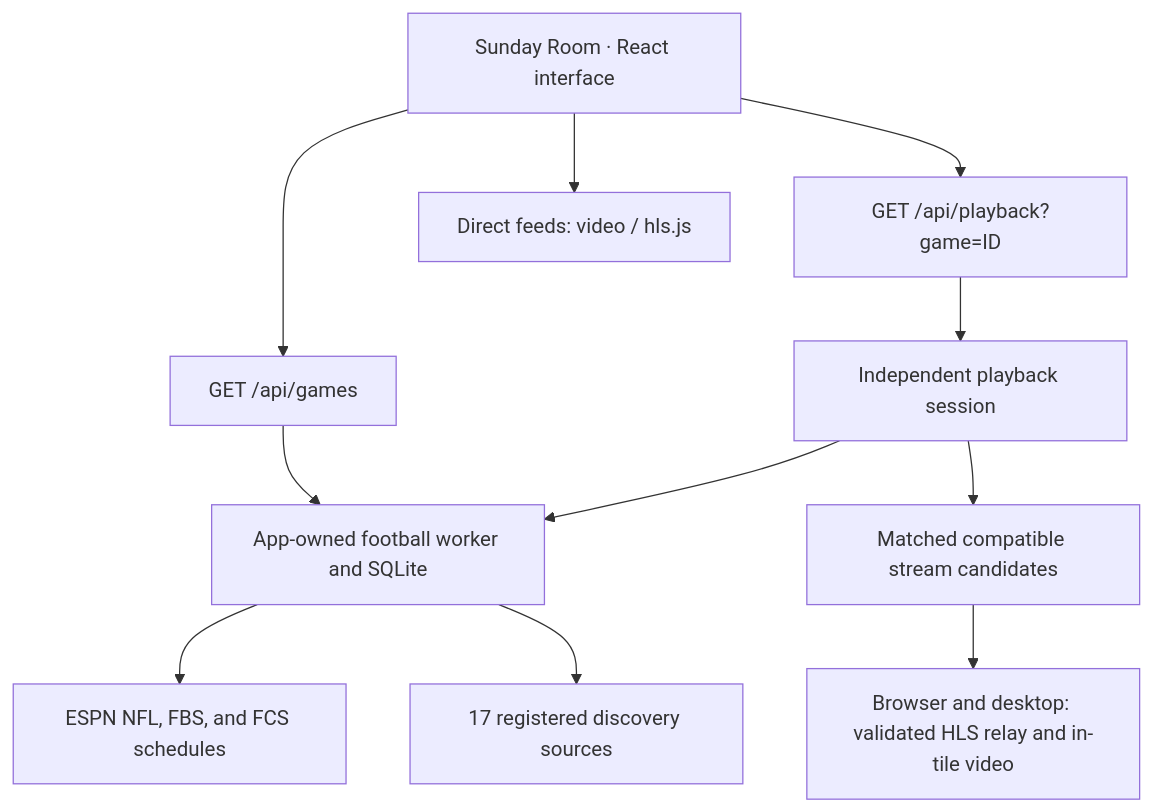
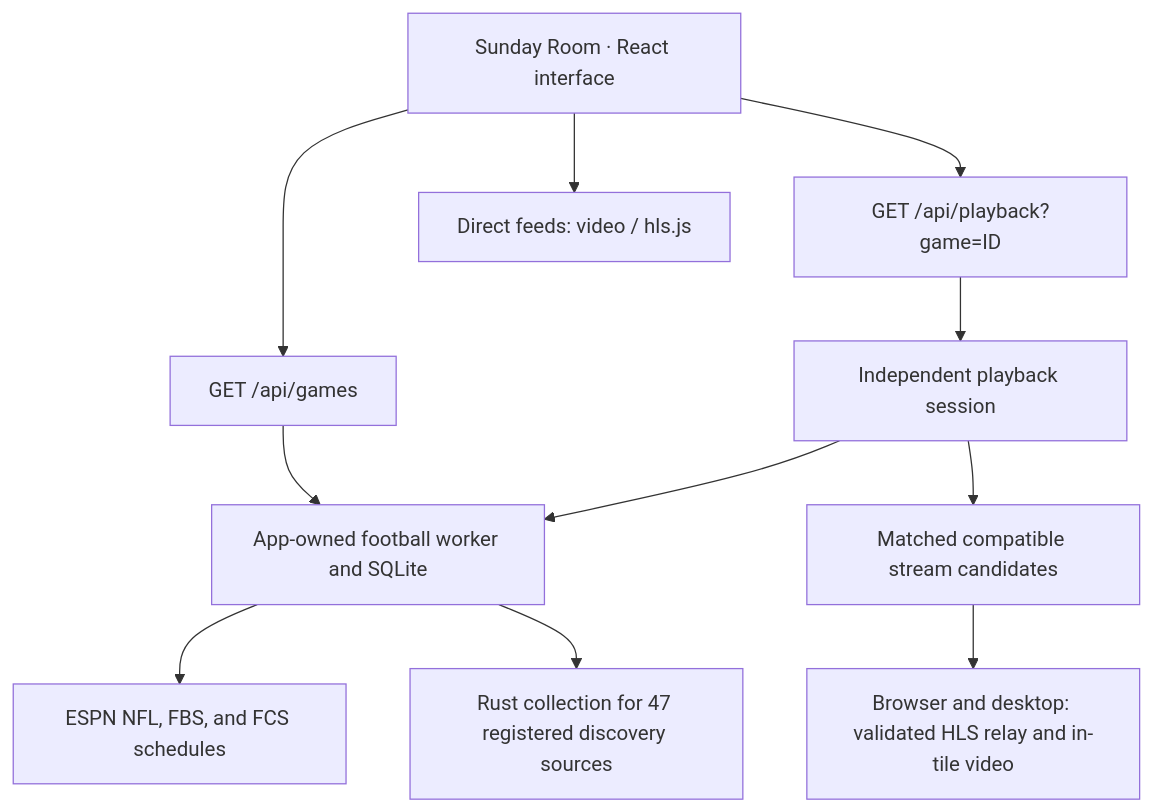
One commit to TheDarkSkyXD/Sports-Hub changed the diagram in README.md. Above: the diagram before and after it, drawn with Mermaid. The commit also changed other lines of this file, not shown here.

````diff
--- a/README.md
+++ b/README.md
@@ -139,13 +142,13 @@
 ```mermaid
 flowchart TD
     UI["Sunday Room · React interface"] --> Games["GET /api/games"]
     Games --> Pipeline["App-owned football worker and SQLite"]
     Pipeline --> Scores["ESPN NFL, FBS, and FCS schedules"]
-    Pipeline --> Directory["17 registered discovery sources"]
+    Pipeline --> Directory["Rust collection for 47 registered discovery sources"]
     UI --> Resolve["GET /api/playback?game=ID"]
     Resolve --> Session["Independent playback session"]
     Session --> Pipeline
     Session --> Links["Matched compatible stream candidates"]
     Links --> Player["Browser and desktop: validated HLS relay and in-tile video"]
     UI --> Direct["Direct feeds: video / hls.js"]
 ```
````
